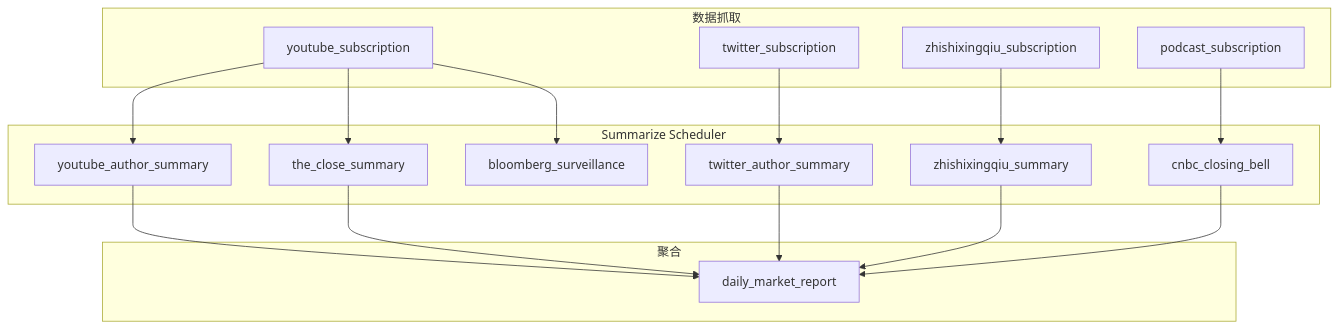
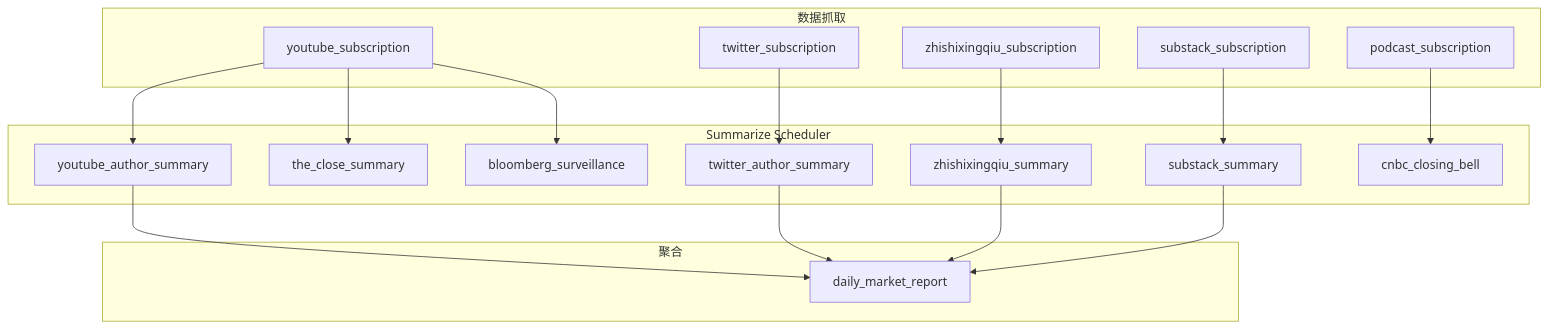
Before and after one commit to solterra2888/LocalVirtualService: the diagram in docs/instructions/SUMMARY_SCHEDULER_DEVELOPMENT_GUIDE.md, drawn with Mermaid. The commit also changed other lines of this file and 6 other files, not shown here.

````diff
--- a/docs/instructions/SUMMARY_SCHEDULER_DEVELOPMENT_GUIDE.md
+++ b/docs/instructions/SUMMARY_SCHEDULER_DEVELOPMENT_GUIDE.md
@@ -281,35 +281,37 @@
 ```mermaid
 flowchart TD
   subgraph fetch [数据抓取]
     YTSub[youtube_subscription]
     TWSub[twitter_subscription]
     ZXQSub[zhishixingqiu_subscription]
+    SSSub[substack_subscription]
     PodSub[podcast_subscription]
   end
 
   subgraph summarize [Summarize Scheduler]
     YTSum[youtube_author_summary]
     TWSum[twitter_author_summary]
     ZXQSum[zhishixingqiu_summary]
+    SSSum[substack_summary]
     Close[the_close_summary]
     CNBC[cnbc_closing_bell]
     Surveil[bloomberg_surveillance]
   end
 
   subgraph aggregate [聚合]
     DMR[daily_market_report]
   end
 
   YTSub --> YTSum
   TWSub --> TWSum
   ZXQSub --> ZXQSum
+  SSSub --> SSSum
   YTSub --> Close
   PodSub --> CNBC
   YTSub --> Surveil
 
   YTSum --> DMR
   TWSum --> DMR
   ZXQSum --> DMR
-  Close --> DMR
-  CNBC --> DMR
+  SSSum --> DMR
 ```
````
